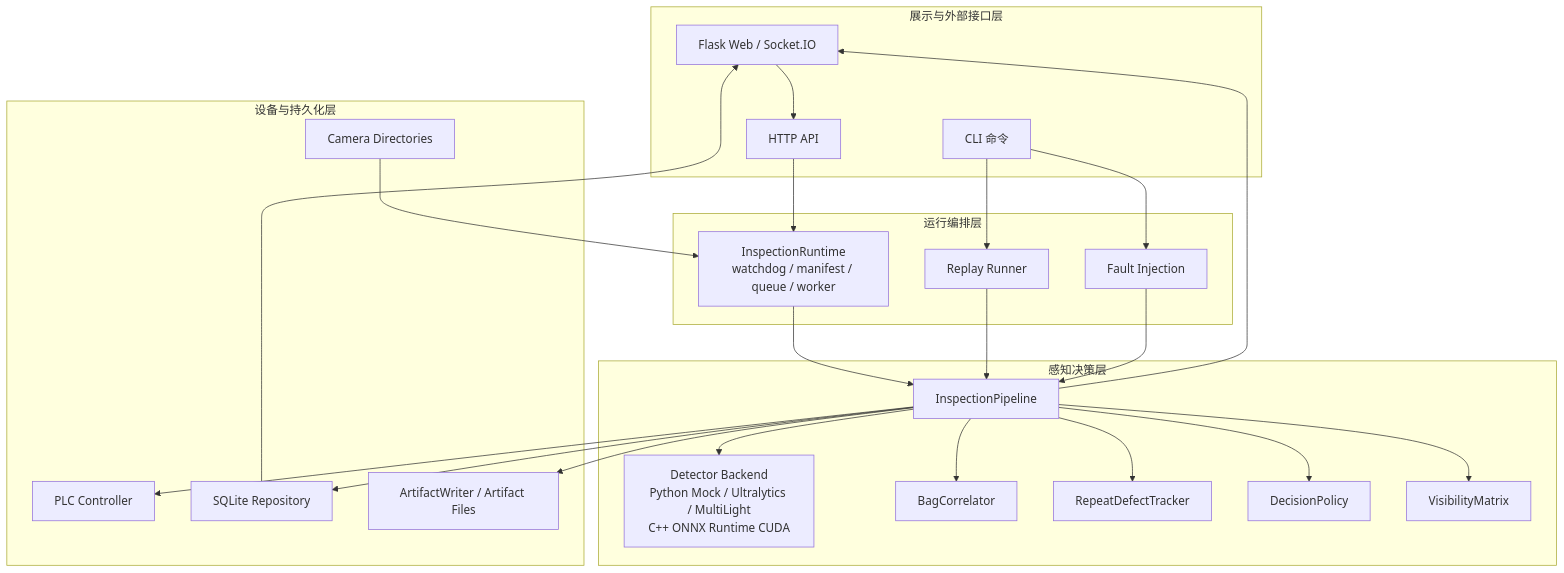
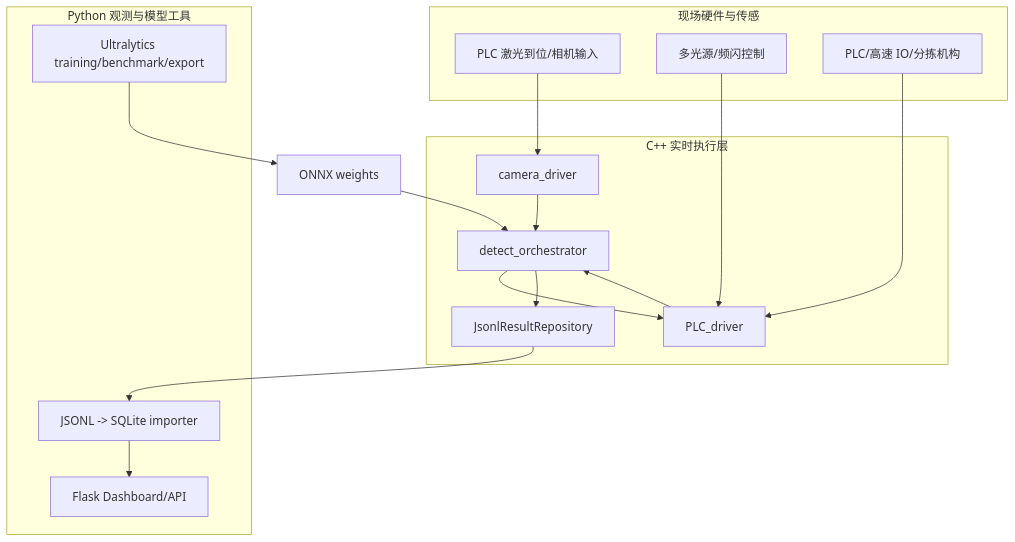
The diagram in docs/architecture/README.md (MzKyle/Defect-detection-of-water-sampling-bags), drawn with Mermaid before and after one commit. The commit also changed other lines of this file and 16 other files, not shown here.

````diff
--- a/docs/architecture/README.md
+++ b/docs/architecture/README.md
@@ -7,49 +7,33 @@
 ```mermaid
-graph TB
-    subgraph L4["展示与外部接口层"]
-        WEB["Flask Web / Socket.IO"]
-        API["HTTP API"]
-        CLI["CLI 命令"]
+flowchart TB
+    subgraph HW["现场硬件与传感"]
+        SENSOR["PLC 激光到位/相机输入"]
+        LIGHT["多光源/频闪控制"]
+        PLC["PLC/高速 IO/分拣机构"]
     end
 
-    subgraph L3["运行编排层"]
-        RT["InspectionRuntime<br/>watchdog / manifest / queue / worker"]
-        REP["Replay Runner"]
-        FI["Fault Injection"]
+    subgraph CPP["C++ 实时执行层"]
+        CAM["camera_driver"]
+        PDR["PLC_driver"]
+        ORCH["detect_orchestrator"]
+        JSONL["JsonlResultRepository"]
     end
 
-    subgraph L2["感知决策层"]
-        PIPE["InspectionPipeline"]
-        DET["Detector Backend<br/>Python Mock / Ultralytics / MultiLight<br/>C++ ONNX Runtime CUDA"]
-        COR["BagCorrelator"]
-        RPT["RepeatDefectTracker"]
-        POL["DecisionPolicy"]
-        VIS["VisibilityMatrix"]
+    subgraph PY["Python 观测与模型工具"]
+        SYNC["JSONL -> SQLite importer"]
+        WEB["Flask Dashboard/API"]
+        TRAIN["Ultralytics training/benchmark/export"]
     end
 
-    subgraph L1["设备与持久化层"]
-        CAM["Camera Directories"]
-        PLC["PLC Controller"]
-        DB["SQLite Repository"]
-        FS["ArtifactWriter / Artifact Files"]
-    end
-
-    CAM --> RT
-    WEB --> API
-    API --> RT
-    CLI --> REP
-    CLI --> FI
-    RT --> PIPE
-    REP --> PIPE
-    FI --> PIPE
-    PIPE --> DET
-    PIPE --> COR
-    PIPE --> RPT
-    PIPE --> POL
-    PIPE --> VIS
-    PIPE --> PLC
-    PIPE --> DB
-    PIPE --> FS
-    DB --> WEB
-    PIPE --> WEB
+    SENSOR --> CAM
+    LIGHT --> PDR
+    PLC --> PDR
+    CAM --> ORCH
+    PDR --> ORCH
+    ORCH --> PDR
+    ORCH --> JSONL
+    JSONL --> SYNC
+    SYNC --> WEB
+    TRAIN --> MODEL["ONNX weights"]
+    MODEL --> ORCH
 ```
````
